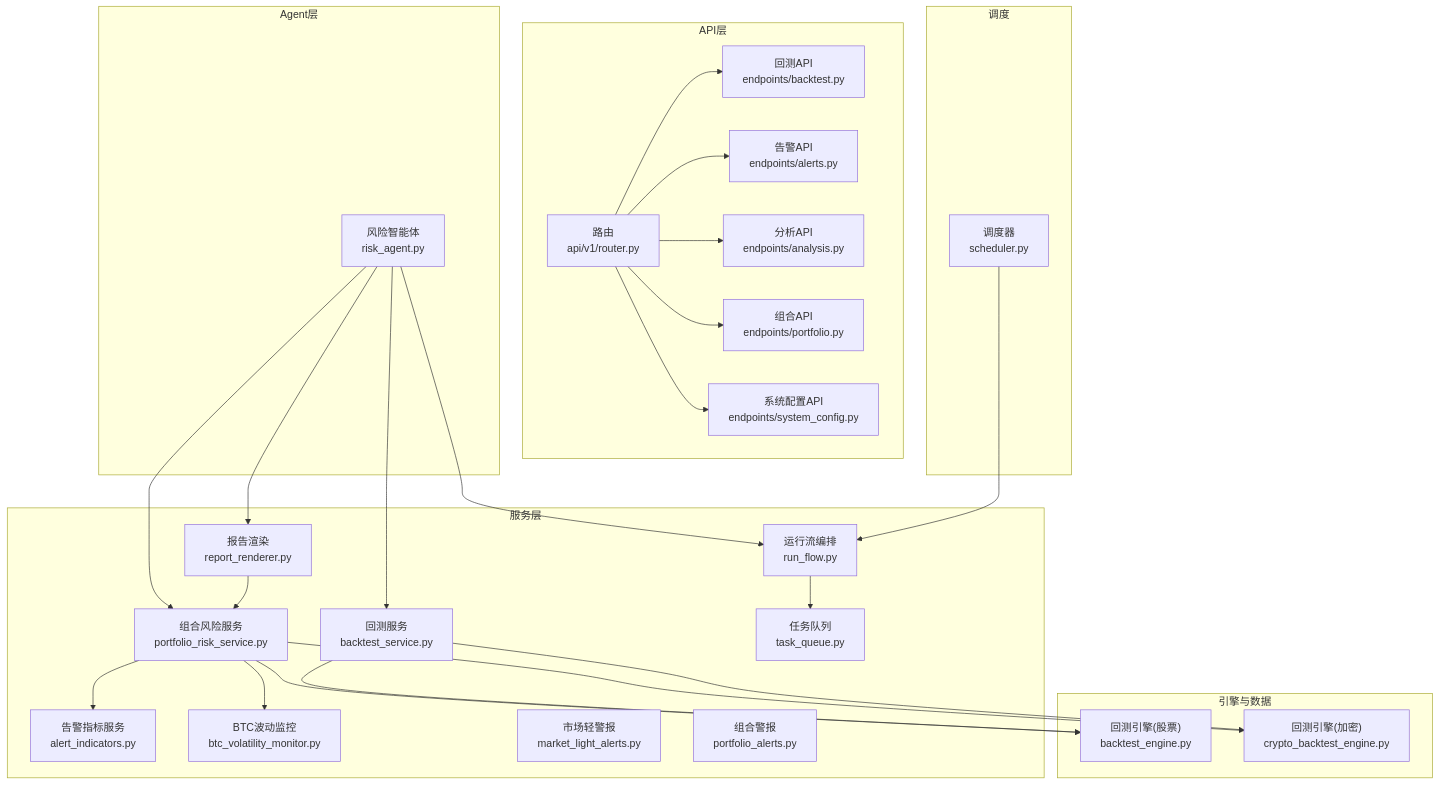
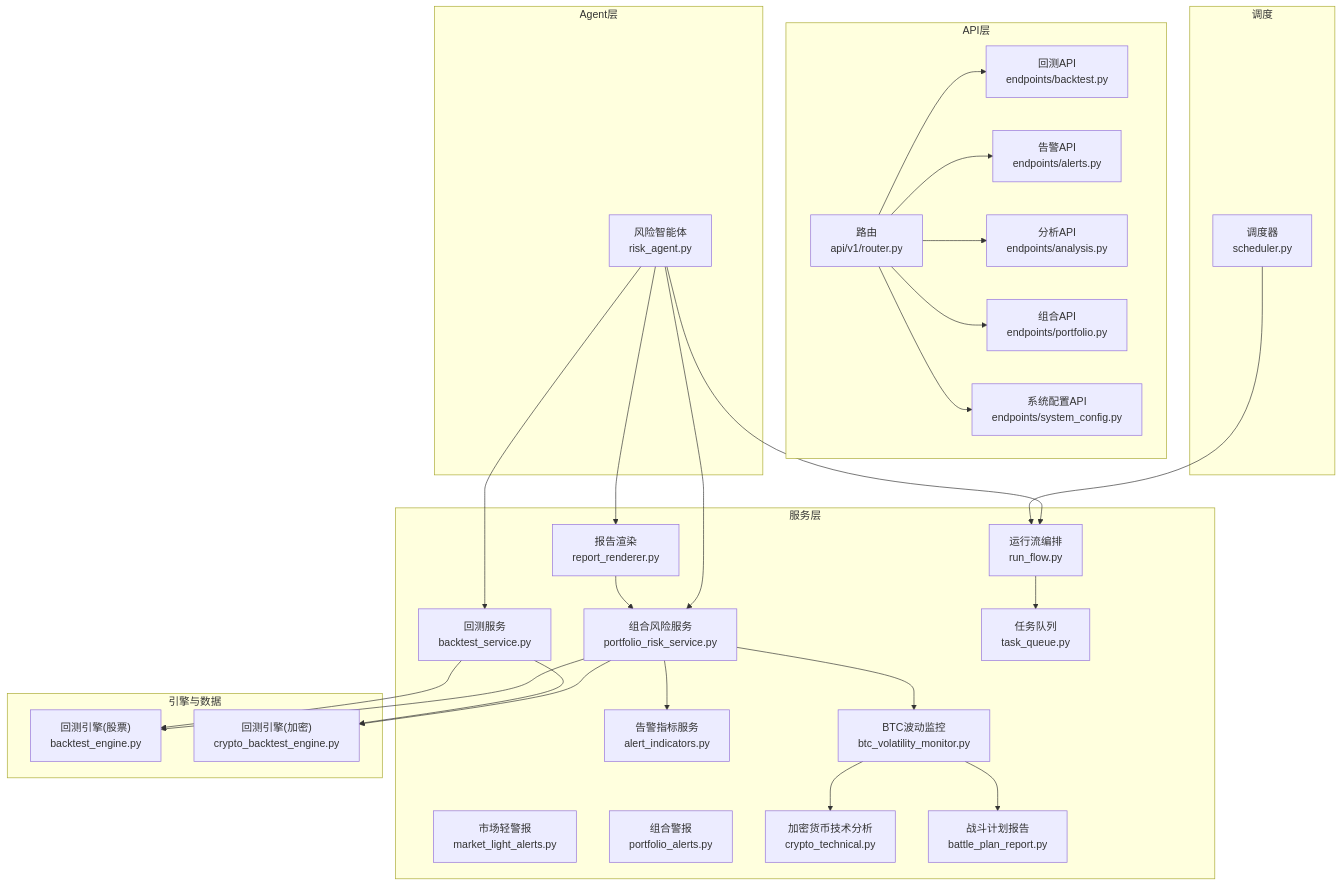
One commit to anYaoooo/daily_stock_analysis changed the first of 8 diagrams in .qoder/repowiki/zh/content/AI智能体系统/专业智能体/风险管理智能体.md. Above: the diagram before and after it, drawn with Mermaid. The commit also changed other lines of this file and 148 other files, not shown here.

````diff
--- a/.qoder/repowiki/zh/content/AI智能体系统/专业智能体/风险管理智能体.md
+++ b/.qoder/repowiki/zh/content/AI智能体系统/专业智能体/风险管理智能体.md
@@ -49,50 +61,54 @@
 ```mermaid
 graph TB
 subgraph "Agent层"
 RA["风险智能体<br/>risk_agent.py"]
 end
 subgraph "服务层"
 PRS["组合风险服务<br/>portfolio_risk_service.py"]
 AIS["告警指标服务<br/>alert_indicators.py"]
 BVS["BTC波动监控<br/>btc_volatility_monitor.py"]
 BRS["回测服务<br/>backtest_service.py"]
 RR["报告渲染<br/>report_renderer.py"]
 MLA["市场轻警报<br/>market_light_alerts.py"]
 PA["组合警报<br/>portfolio_alerts.py"]
 RF["运行流编排<br/>run_flow.py"]
 TQ["任务队列<br/>task_queue.py"]
+CT["加密货币技术分析<br/>crypto_technical.py"]
+BP["战斗计划报告<br/>battle_plan_report.py"]
 end
 subgraph "引擎与数据"
 BE["回测引擎(股票)<br/>backtest_engine.py"]
 CBE["回测引擎(加密)<br/>crypto_backtest_engine.py"]
 end
 subgraph "API层"
 AR["路由<br/>api/v1/router.py"]
 BA["回测API<br/>endpoints/backtest.py"]
 AA["告警API<br/>endpoints/alerts.py"]
 ANA["分析API<br/>endpoints/analysis.py"]
 PO["组合API<br/>endpoints/portfolio.py"]
 SC["系统配置API<br/>endpoints/system_config.py"]
 end
 subgraph "调度"
 SCH["调度器<br/>scheduler.py"]
 end
 RA --> PRS
 RA --> BRS
 RA --> RR
 RA --> RF
 PRS --> BE
 PRS --> CBE
 PRS --> AIS
 PRS --> BVS
+BVS --> CT
+BVS --> BP
 BRS --> BE
 BRS --> CBE
 RR --> PRS
 RF --> TQ
 AR --> BA
 AR --> AA
 AR --> ANA
 AR --> PO
 AR --> SC
 SCH --> RF
 ```
````
